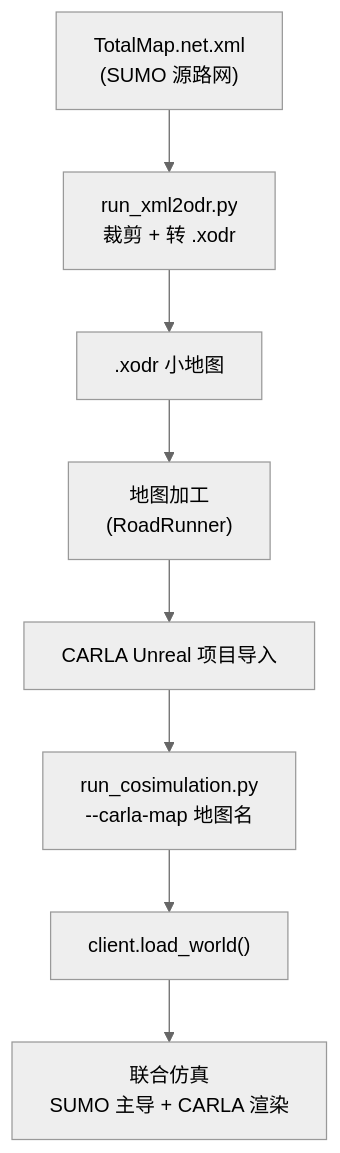
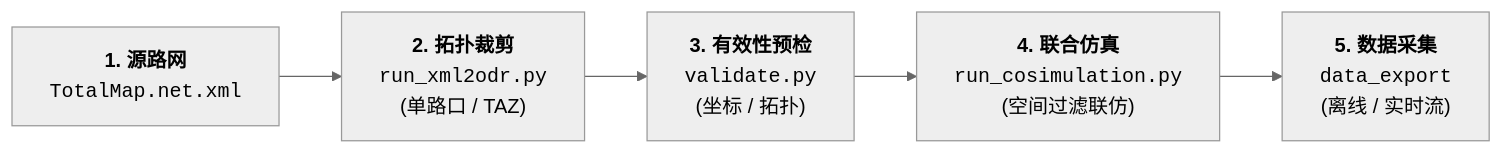
Before and after one commit to dabiziluzhu55/citypulse-v2x-sim: the first of 2 diagrams in simulation/carla/README.md, drawn with Mermaid (neutral theme). The commit also changed other lines of this file, not shown here.

````diff
--- a/simulation/carla/README.md
+++ b/simulation/carla/README.md
@@ -353,10 +104,7 @@
 ```mermaid
-flowchart TD
-    A["TotalMap.net.xml<br/>(SUMO 源路网)"] --> B["run_xml2odr.py<br/>裁剪 + 转 .xodr"]
-    B --> C[".xodr 小地图"]
-    C --> D["地图加工<br/>(RoadRunner)"]
-    D --> E["CARLA Unreal 项目导入"]
-    E --> F["run_cosimulation.py<br/>--carla-map 地图名"]
-    F --> G["client.load_world()"]
-    G --> H["联合仿真<br/>SUMO 主导 + CARLA 渲染"]
+flowchart LR
+    A["<b>1. 源路网</b><br/><code>TotalMap.net.xml</code>"] --> B["<b>2. 拓扑裁剪</b><br/><code>run_xml2odr.py</code><br/>(单路口 / TAZ)"]
+    B --> C["<b>3. 有效性预检</b><br/><code>validate.py</code><br/>(坐标 / 拓扑)"]
+    C --> D["<b>4. 联合仿真</b><br/><code>run_cosimulation.py</code><br/>(空间过滤联仿)"]
+    D --> E["<b>5. 数据采集</b><br/><code>data_export</code><br/>(离线 / 实时流)"]
 ```
````
